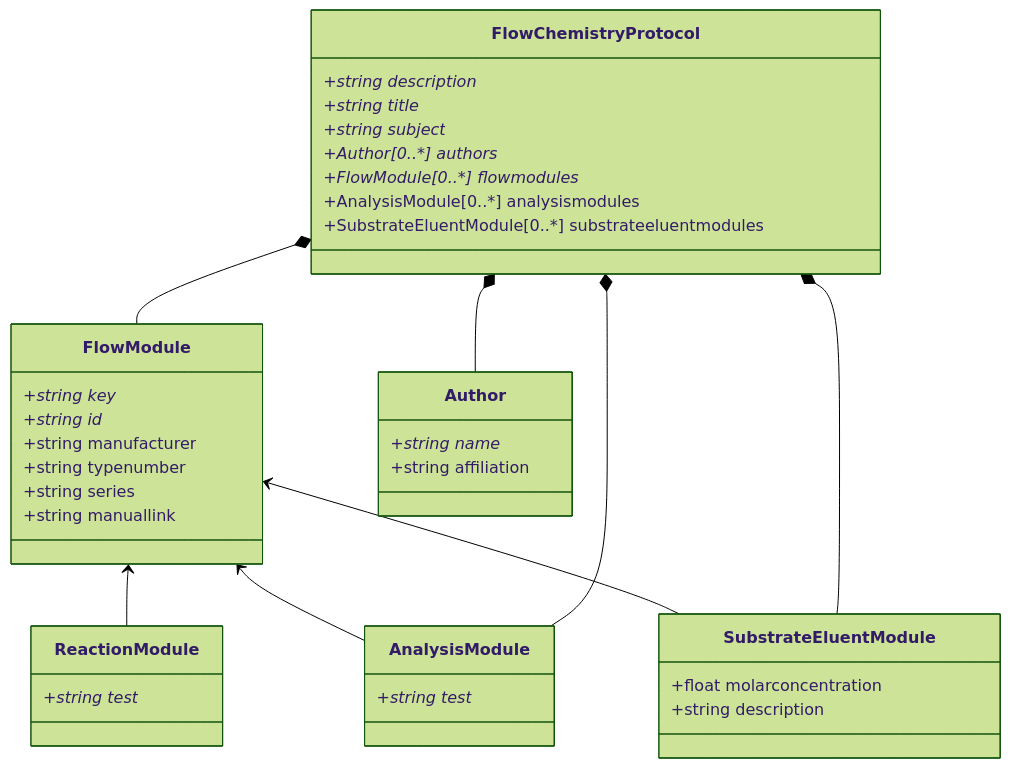
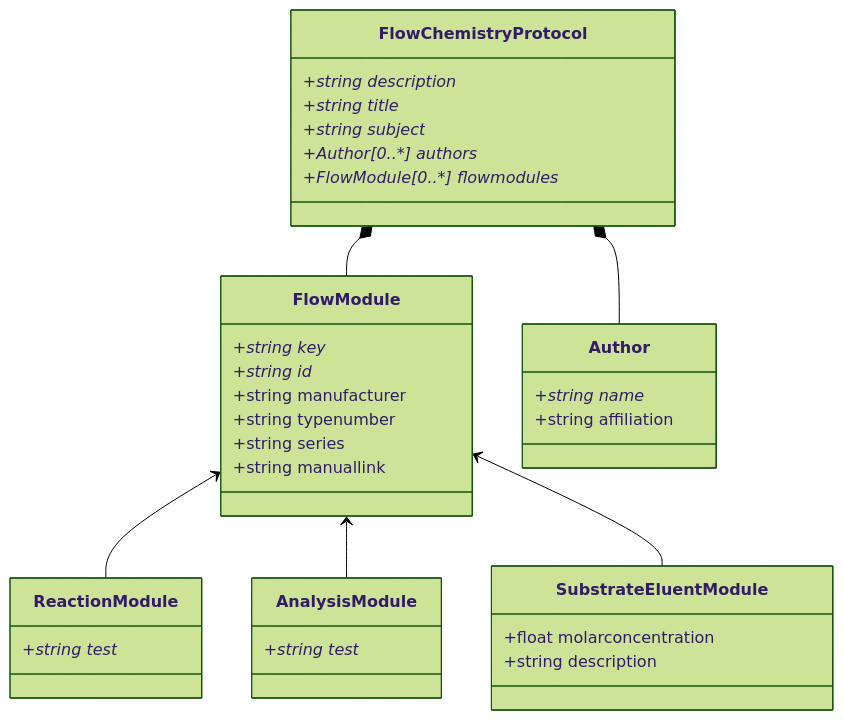
Before and after one commit to C-Kessler/sdrdm-flowchem-B2: the diagram in pyDataset/schemes/Dataset.md, drawn with Mermaid (forest theme). The commit also changed 3 other files, not shown here.

````diff
--- a/pyDataset/schemes/Dataset.md
+++ b/pyDataset/schemes/Dataset.md
@@ -1,48 +1,44 @@
 ```mermaid
 classDiagram
     FlowModule <-- ReactionModule
     FlowModule <-- AnalysisModule
     FlowModule <-- SubstrateEluentModule
     FlowChemistryProtocol *-- Author
     FlowChemistryProtocol *-- FlowModule
-    FlowChemistryProtocol *-- AnalysisModule
-    FlowChemistryProtocol *-- SubstrateEluentModule
     
     class FlowChemistryProtocol {
         +string description*
         +string title*
         +string subject*
         +Author[0..*] authors*
         +FlowModule[0..*] flowmodules*
-        +AnalysisModule[0..*] analysismodules
-        +SubstrateEluentModule[0..*] substrateeluentmodules
     }
     
     class Author {
         +string name*
         +string affiliation
     }
     
     class FlowModule {
         +string key*
         +string id*
         +string manufacturer
         +string typenumber
         +string series
         +string manuallink
     }
     
     class ReactionModule {
         +string test*
     }
     
     class AnalysisModule {
         +string test*
     }
     
     class SubstrateEluentModule {
         +float molarconcentration
         +string description
     }
     
 ```
````
